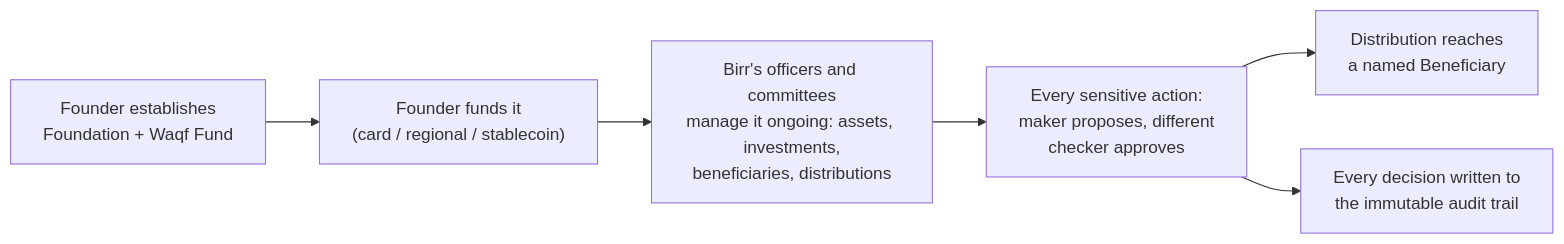
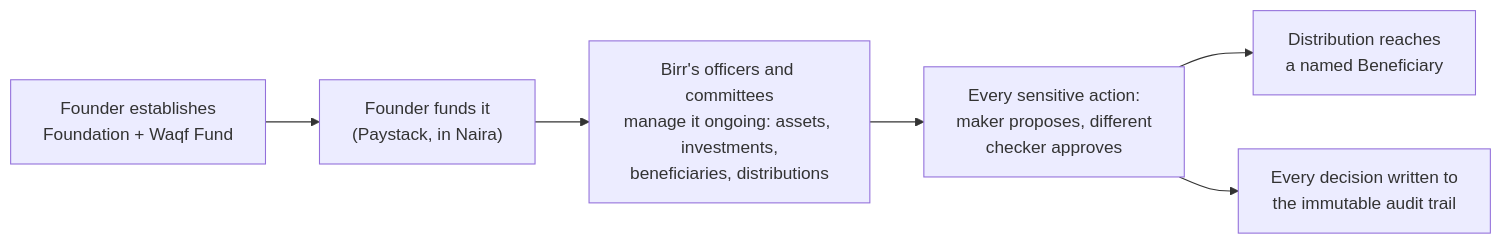
The diagram in apps/docs/docs/waqf-funds.md (hahu07/birr), drawn with Mermaid before and after one commit. The commit also changed other lines of this file and 4 other files, not shown here.

````diff
--- a/apps/docs/docs/waqf-funds.md
+++ b/apps/docs/docs/waqf-funds.md
@@ -83,8 +83,8 @@
 ```mermaid
 flowchart LR
-    A["Founder establishes<br/>Foundation + Waqf Fund"] --> B["Founder funds it<br/>(card / regional / stablecoin)"]
+    A["Founder establishes<br/>Foundation + Waqf Fund"] --> B["Founder funds it<br/>(Paystack, in Naira)"]
     B --> C["Birr's officers and committees<br/>manage it ongoing: assets, investments,<br/>beneficiaries, distributions"]
     C --> D["Every sensitive action:<br/>maker proposes, different<br/>checker approves"]
     D --> E["Distribution reaches<br/>a named Beneficiary"]
     D --> F["Every decision written to<br/>the immutable audit trail"]
 ```
````
